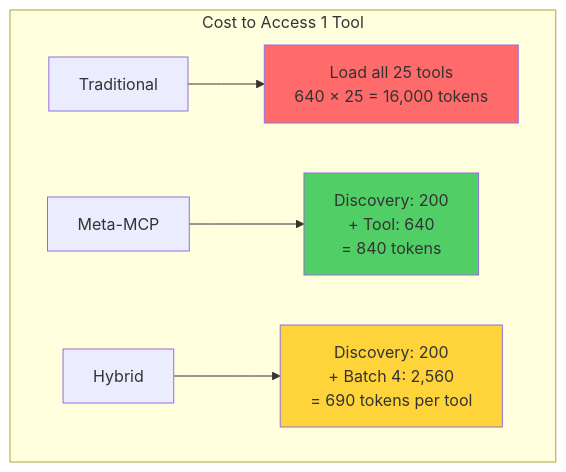
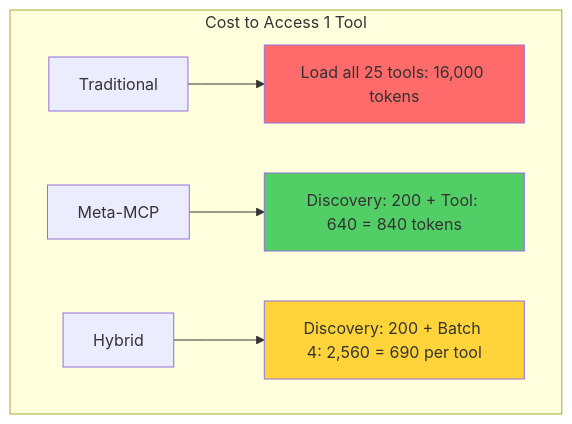
The tenth of 15 diagrams in projects/meta-mcp-server/docs/diagrams/10-token-optimization.md (blueman82/mcp-exec), drawn with Mermaid before and after one commit. The commit also changed other lines of this file and 4 other files, not shown here.

First line of the commit message:
docs: Remove Claude Desktop references and fix Mermaid syntax

````diff
--- a/projects/meta-mcp-server/docs/diagrams/10-token-optimization.md
+++ b/projects/meta-mcp-server/docs/diagrams/10-token-optimization.md
@@ -268,12 +268,12 @@
 ```mermaid
 graph TD
     subgraph "Cost to Access 1 Tool"
-        A1[Traditional] --> B1[Load all 25 tools<br/>640 × 25 = 16,000 tokens]
-        A2[Meta-MCP] --> B2[Discovery: 200<br/>+ Tool: 640<br/>= 840 tokens]
-        A3[Hybrid] --> B3[Discovery: 200<br/>+ Batch 4: 2,560<br/>= 690 tokens per tool]
+        A1[Traditional] --> B1["Load all 25 tools: 16,000 tokens"]
+        A2[Meta-MCP] --> B2["Discovery: 200 + Tool: 640 = 840 tokens"]
+        A3[Hybrid] --> B3["Discovery: 200 + Batch 4: 2,560 = 690 per tool"]
     end
 
     style B1 fill:#ff6b6b
     style B2 fill:#51cf66
     style B3 fill:#ffd43b
 ```
````
